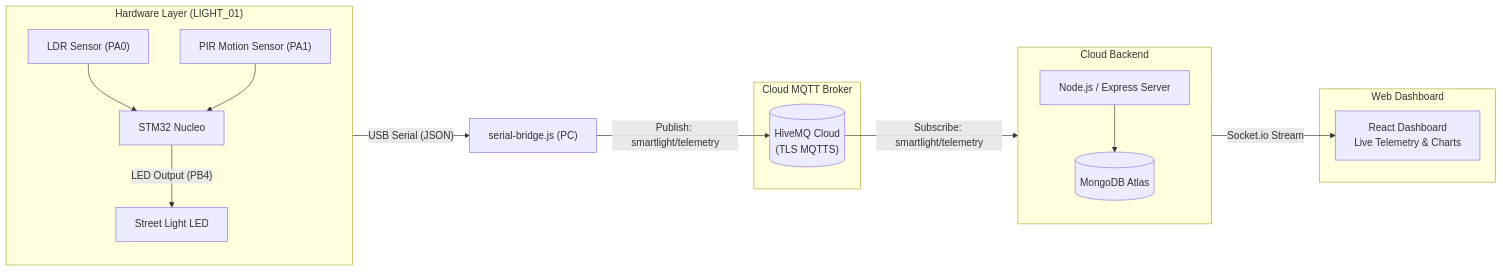
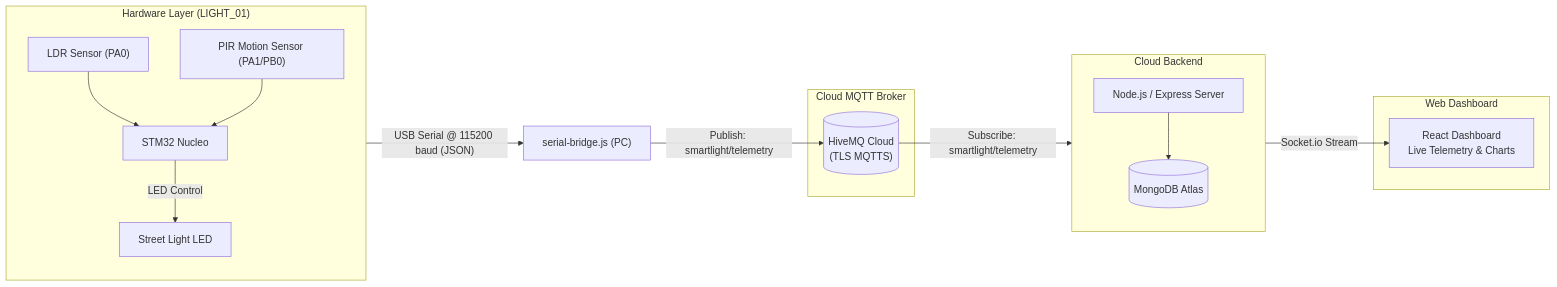
The diagram in README.md (basilpeter01/stm32-smart-light), drawn with Mermaid before and after one commit. The commit also changed other lines of this file, not shown here.

Commit message:
node simulation and data flow

````diff
--- a/README.md
+++ b/README.md
@@ -181,32 +179,32 @@
 ```mermaid
 flowchart LR
     subgraph Hardware ["Hardware Layer (LIGHT_01)"]
         direction TB
         LDR["LDR Sensor (PA0)"] --> STM["STM32 Nucleo"]
-        PIR["PIR Motion Sensor (PA1)"] --> STM
-        STM -->|"LED Output (PB4)"| LED["Street Light LED"]
+        PIR["PIR Motion Sensor (PA1/PB0)"] --> STM
+        STM -->|"LED Control"| LED["Street Light LED"]
     end
 
-    STM -->|"USB Serial (JSON)"| Bridge["serial-bridge.js (PC)"]
+    STM -->|"USB Serial @ 115200 baud (JSON)"| Bridge["serial-bridge.js (PC)"]
 
     subgraph Cloud ["Cloud MQTT Broker"]
         HiveMQ[("HiveMQ Cloud\n(TLS MQTTS)")]
     end
 
     Bridge -->|"Publish: smartlight/telemetry"| HiveMQ
 
     subgraph Backend ["Cloud Backend"]
         direction TB
         Server["Node.js / Express Server"]
         Mongo[("MongoDB Atlas")]
         Server --> Mongo
     end
 
     HiveMQ -->|"Subscribe: smartlight/telemetry"| Server
 
     subgraph Frontend ["Web Dashboard"]
         Dashboard["React Dashboard\nLive Telemetry & Charts"]
     end
 
     Server -->|"Socket.io Stream"| Dashboard
 ```
````
